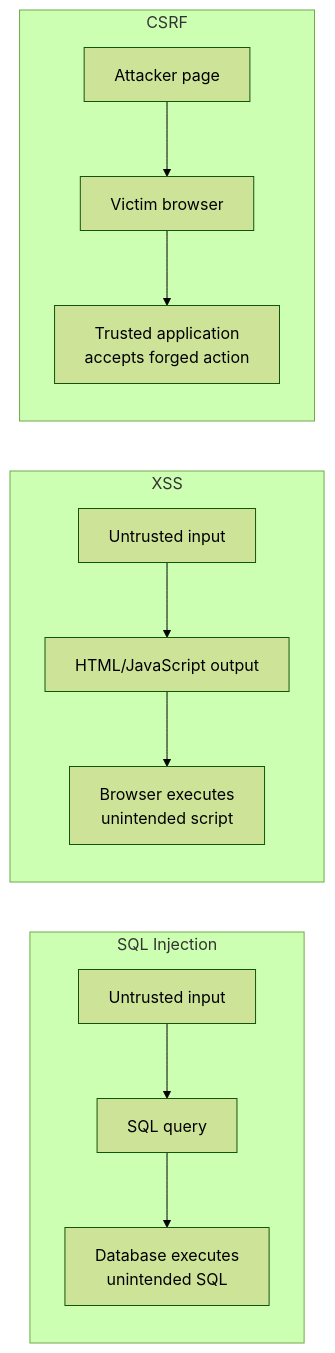
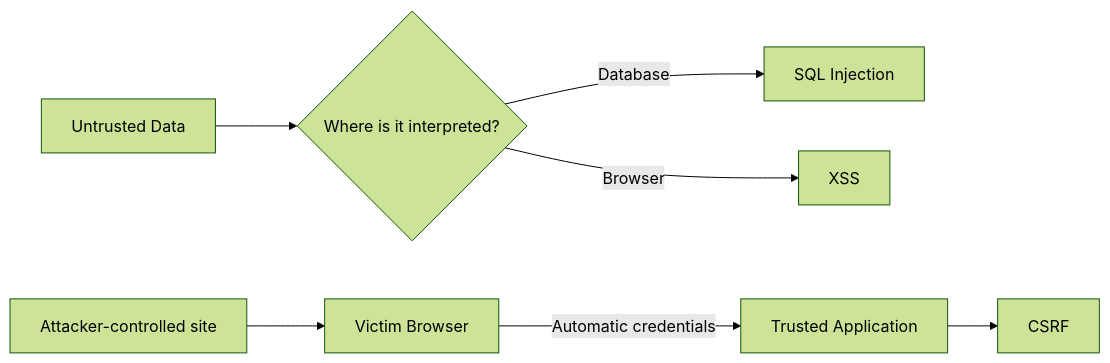
The first of 6 diagrams in src/content/security/sql-injection-xss-csrf.md (AvadhBhalodiya/Interview-Preparation), drawn with Mermaid (forest theme) before and after one commit. The commit also changed other lines of this file and 54 other files, not shown here.

````diff
--- a/src/content/security/sql-injection-xss-csrf.md
+++ b/src/content/security/sql-injection-xss-csrf.md
@@ -24,15 +23,11 @@
 ```mermaid
 flowchart LR
-    subgraph SQLI[SQL Injection]
-        A[Untrusted input] --> B[SQL query]
-        B --> C[Database executes<br/>unintended SQL]
-    end
-    subgraph XSS[XSS]
-        D[Untrusted input] --> E["HTML/JavaScript output"]
-        E --> F[Browser executes<br/>unintended script]
-    end
-    subgraph CSRF[CSRF]
-        G[Attacker page] --> H[Victim browser]
-        H --> I[Trusted application<br/>accepts forged action]
-    end
+    A[Untrusted Data] --> B{Where is it interpreted?}
+
+    B -->|Database| C[SQL Injection]
+    B -->|Browser| D[XSS]
+
+    E[Attacker-controlled site] --> F[Victim Browser]
+    F -->|Automatic credentials| G[Trusted Application]
+    G --> H[CSRF]
 ```
````
